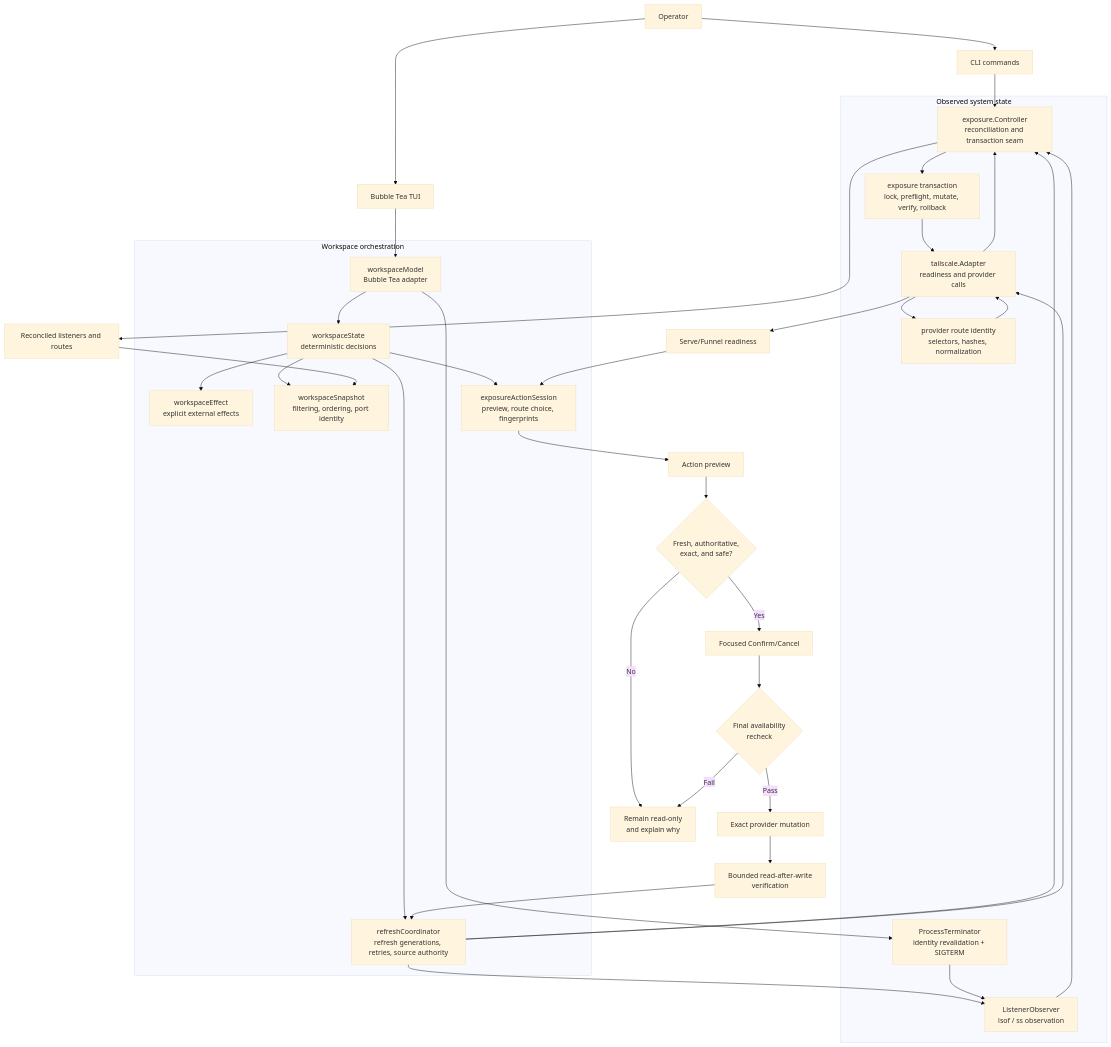
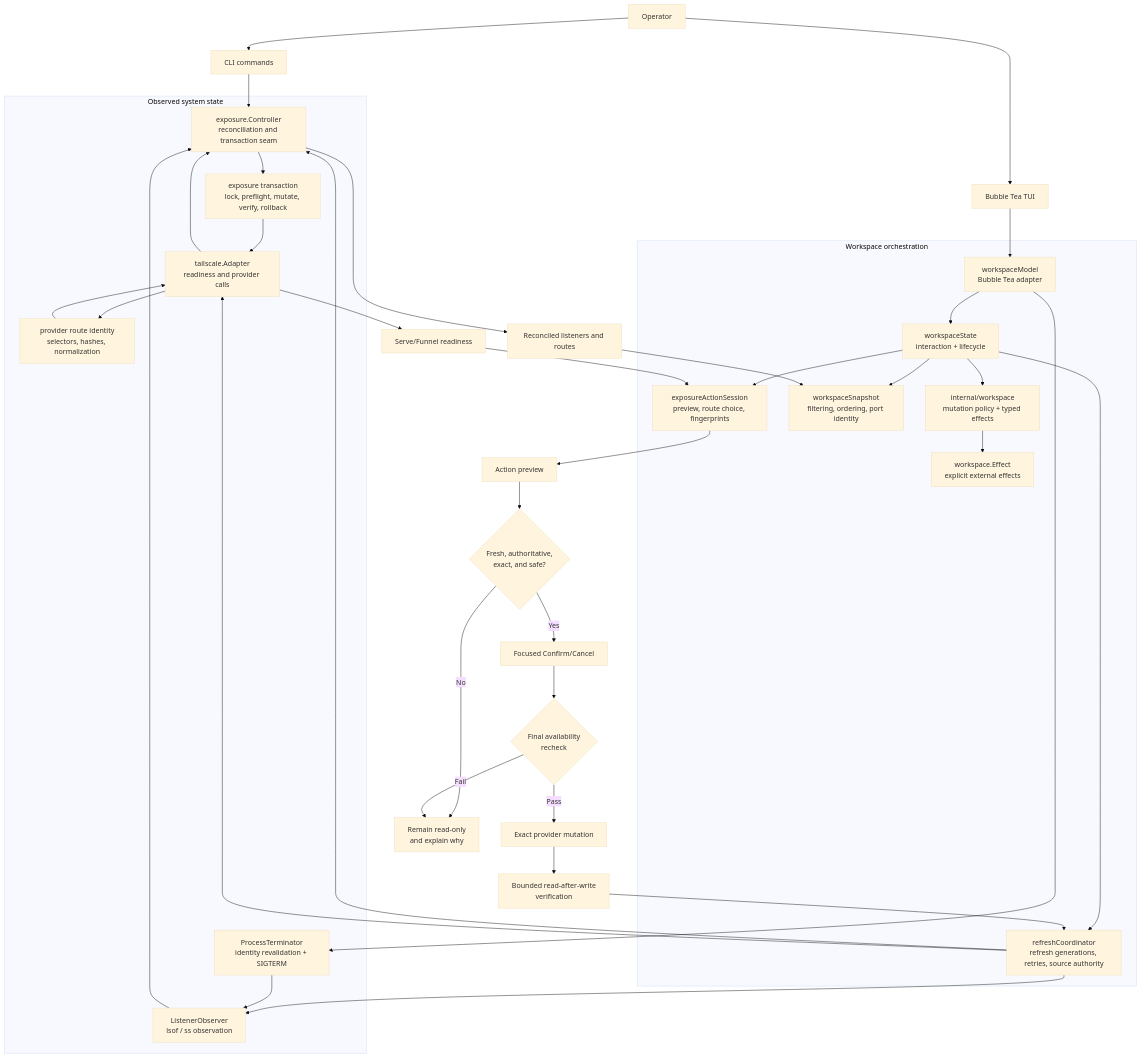
One commit to arrokh/tailge changed the second of 2 diagrams in docs/architecture.md. Above: the diagram before and after it, drawn with Mermaid (base theme). The commit also changed other lines of this file and 60 other files, not shown here.

First line of the commit message:
[tailge][refactor] Deepen architecture seams (#13)

````diff
--- a/docs/architecture.md
+++ b/docs/architecture.md
@@ -70,61 +99,63 @@
 ```mermaid
 flowchart TD
     Operator[Operator]
     CLI[CLI commands]
     TUI[Bubble Tea TUI]
 
     Operator --> CLI
     Operator --> TUI
 
     subgraph Workspace[Workspace orchestration]
         Model[workspaceModel<br/>Bubble Tea adapter]
-        State[workspaceState<br/>deterministic decisions]
-        Effects[workspaceEffect<br/>explicit external effects]
+        State[workspaceState<br/>interaction + lifecycle]
+        Policy[internal/workspace<br/>mutation policy + typed effects]
+        Effects[workspace.Effect<br/>explicit external effects]
         Refresh[refreshCoordinator<br/>refresh generations, retries, source authority]
         Snapshot[workspaceSnapshot<br/>filtering, ordering, port identity]
         Action[exposureActionSession<br/>preview, route choice, fingerprints]
     end
 
     TUI --> Model
     Model --> State
-    State --> Effects
+    State --> Policy
+    Policy --> Effects
     State --> Refresh
     State --> Snapshot
     State --> Action
 
     subgraph Sources[Observed system state]
         Discovery[ListenerObserver<br/>lsof / ss observation]
         Termination[ProcessTerminator<br/>identity revalidation + SIGTERM]
         Controller[exposure.Controller<br/>reconciliation and transaction seam]
         Transaction[exposure transaction<br/>lock, preflight, mutate, verify, rollback]
         Adapter[tailscale.Adapter<br/>readiness and provider calls]
         Identity[provider route identity<br/>selectors, hashes, normalization]
     end
 
     CLI --> Controller
     Refresh --> Discovery
     Refresh --> Controller
     Refresh --> Adapter
     Discovery --> Controller
     Adapter --> Identity
     Identity --> Adapter
     Controller --> Transaction
     Transaction --> Adapter
     Model --> Termination
     Termination --> Discovery
     Adapter --> Controller
     Controller --> Observations[Reconciled listeners and routes]
     Observations --> Snapshot
     Adapter --> Readiness[Serve/Funnel readiness]
     Readiness --> Action
 
     Action --> Preview[Action preview]
     Preview --> Gate{Fresh, authoritative,<br/>exact, and safe?}
     Gate -->|No| Block[Remain read-only<br/>and explain why]
     Gate -->|Yes| Confirm[Focused Confirm/Cancel]
     Confirm --> Recheck{Final availability<br/>recheck}
     Recheck -->|Fail| Block
     Recheck -->|Pass| Mutate[Exact provider mutation]
     Mutate --> Verify[Bounded read-after-write<br/>verification]
     Verify --> Refresh
 ```
````
